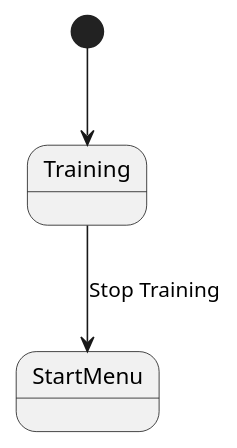
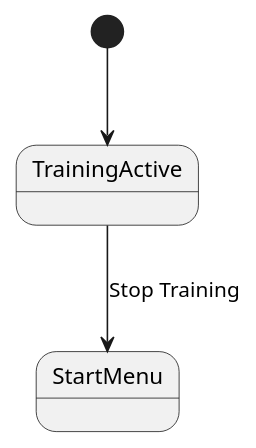
The second of 2 diagrams in apps/src/ui/docs/src/screens/training-active.md (aortez/dirtsim), drawn with PlantUML before and after one commit. The commit also changed other lines of this file and 47 other files, not shown here.

````diff
--- a/apps/src/ui/docs/src/screens/training-active.md
+++ b/apps/src/ui/docs/src/screens/training-active.md
@@ -26,7 +26,7 @@
 ```plantuml
 @startuml
-[*] --> Training
+[*] --> TrainingActive
 
-Training --> StartMenu : Stop Training
+TrainingActive --> StartMenu : Stop Training
 @enduml
 ```
````
